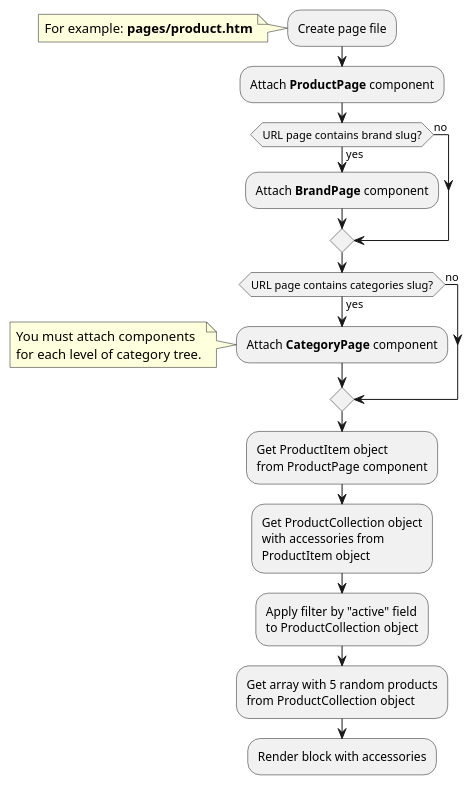
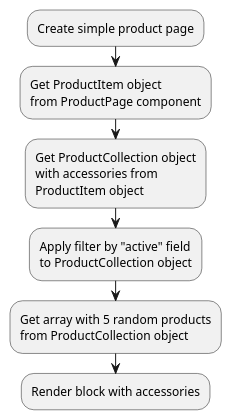
One commit to oc-shopaholic/oc-shopaholic-docs changed the diagram in modules/accessory/examples/examples.md. Above: the diagram before and after it, drawn with PlantUML. The commit also changed other lines of this file and 3 other files, not shown here.

````diff
--- a/modules/accessory/examples/examples.md
+++ b/modules/accessory/examples/examples.md
@@ -20,31 +25,15 @@
 ```plantuml
 @startuml
-:Create page file;
-note left
-    For example: **pages/product.htm**
-end note
-:Attach **ProductPage** component;
-if (URL page contains brand slug?) then (yes)
-    :Attach **BrandPage** component;
-else (no)
-endif
-if (URL page contains categories slug?) then (yes)
-    :Attach **CategoryPage** component;
-    note left
-        You must attach components
-        for each level of category tree.
-    end note
-else (no)
-endif
+:Create simple product page;
 :Get ProductItem object
 from ProductPage component;
 :Get ProductCollection object
 with accessories from
 ProductItem object;
 :Apply filter by "active" field
 to ProductCollection object;
 :Get array with 5 random products
 from ProductCollection object;
 :Render block with accessories;
 @enduml
 ```
````
